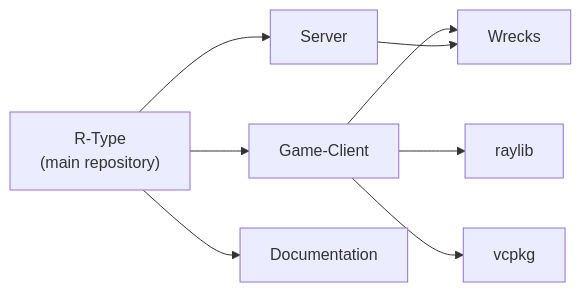
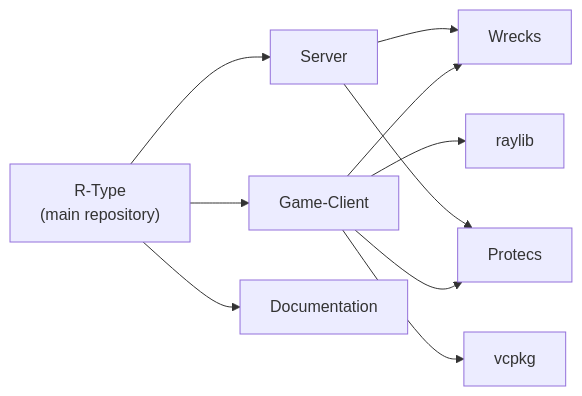
One commit to Space-Type/Documentation changed the second of 2 diagrams in docs/architecture.md. Above: the diagram before and after it, drawn with Mermaid. The commit also changed other lines of this file and 5 other files, not shown here.

````diff
--- a/docs/architecture.md
+++ b/docs/architecture.md
@@ -70,18 +84,21 @@
 ```mermaid
 flowchart LR
     RType["R-Type<br/>(main repository)"]
     Client["Game-Client"]
     Server["Server"]
     Docs["Documentation"]
     Wrecks["Wrecks"]
+    Protecs["Protecs"]
     Raylib["raylib"]
     Vcpkg["vcpkg"]
 
     RType --> Client
     RType --> Server
     RType --> Docs
     Client --> Wrecks
+    Client --> Protecs
     Client --> Raylib
     Client --> Vcpkg
     Server --> Wrecks
+    Server --> Protecs
 ```
````
